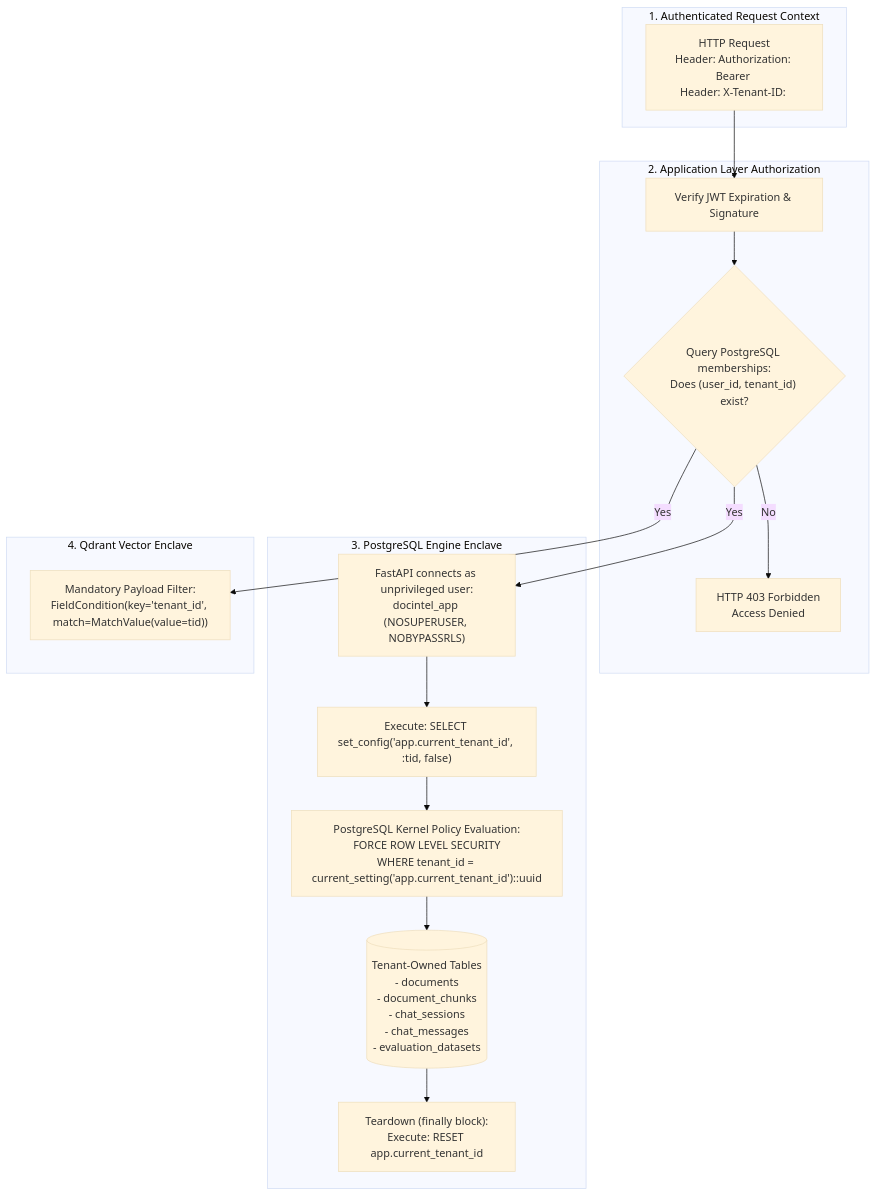
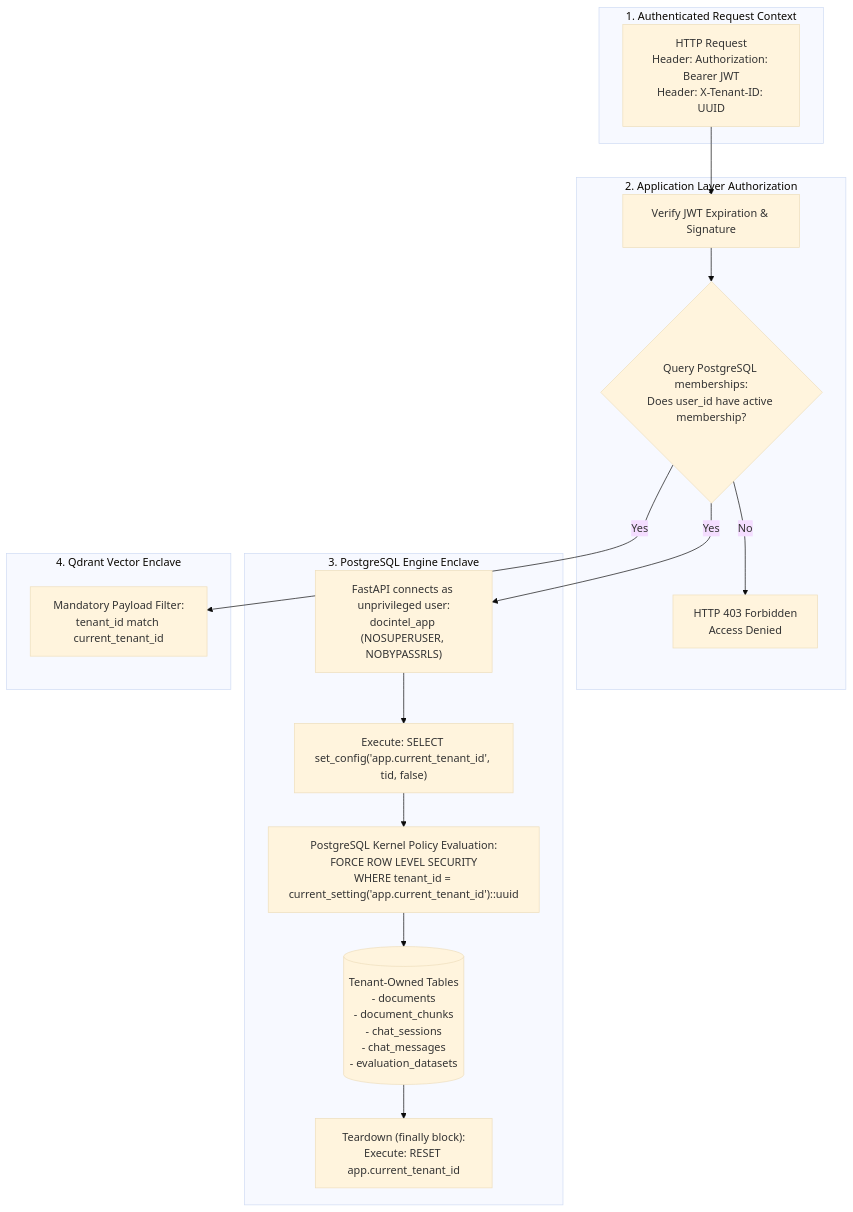
The fourth of 4 diagrams in README.md (Abhishek-M-2004/enterprise-document-intelligence), drawn with Mermaid (base theme) before and after one commit. The commit also changed other lines of this file and 1 other file, not shown here.

Commit message:
fix(docs): resolve GitHub Mermaid diagram parse errors in README and architecture

````diff
--- a/README.md
+++ b/README.md
@@ -183,34 +183,34 @@
 ```mermaid
 flowchart TD
     subgraph RequestContext ["1. Authenticated Request Context"]
-        Req["HTTP Request\nHeader: Authorization: Bearer <jwt>\nHeader: X-Tenant-ID: <uuid>"]
+        Req["HTTP Request<br/>Header: Authorization: Bearer JWT<br/>Header: X-Tenant-ID: UUID"]
     end
 
     subgraph AppValidation ["2. Application Layer Authorization"]
         JWTVerify["Verify JWT Expiration & Signature"]
-        TenantVerify{"Query PostgreSQL memberships:\nDoes (user_id, tenant_id) exist?"}
-        Reject403["HTTP 403 Forbidden\nAccess Denied"]
+        TenantVerify{"Query PostgreSQL memberships:<br/>Does user_id have active membership?"}
+        Reject403["HTTP 403 Forbidden<br/>Access Denied"]
     end
 
     subgraph DatabaseEnclave ["3. PostgreSQL Engine Enclave"]
-        AppRole["FastAPI connects as unprivileged user:\ndocintel_app (NOSUPERUSER, NOBYPASSRLS)"]
-        SetTenant["Execute: SELECT set_config('app.current_tenant_id', :tid, false)"]
-        RLSPolicy["PostgreSQL Kernel Policy Evaluation:\nFORCE ROW LEVEL SECURITY\nWHERE tenant_id = current_setting('app.current_tenant_id')::uuid"]
-        Tables[("Tenant-Owned Tables\n- documents\n- document_chunks\n- chat_sessions\n- chat_messages\n- evaluation_datasets")]
-        ResetTenant["Teardown (finally block):\nExecute: RESET app.current_tenant_id"]
+        AppRole["FastAPI connects as unprivileged user:<br/>docintel_app (NOSUPERUSER, NOBYPASSRLS)"]
+        SetTenant["Execute: SELECT set_config('app.current_tenant_id', tid, false)"]
+        RLSPolicy["PostgreSQL Kernel Policy Evaluation:<br/>FORCE ROW LEVEL SECURITY<br/>WHERE tenant_id = current_setting('app.current_tenant_id')::uuid"]
+        Tables[("Tenant-Owned Tables<br/>- documents<br/>- document_chunks<br/>- chat_sessions<br/>- chat_messages<br/>- evaluation_datasets")]
+        ResetTenant["Teardown (finally block):<br/>Execute: RESET app.current_tenant_id"]
     end
 
     subgraph VectorEnclave ["4. Qdrant Vector Enclave"]
-        QdrantFilter["Mandatory Payload Filter:\nFieldCondition(key='tenant_id', match=MatchValue(value=tid))"]
+        QdrantFilter["Mandatory Payload Filter:<br/>tenant_id match current_tenant_id"]
     end
 
     Req --> JWTVerify
     JWTVerify --> TenantVerify
-    TenantVerify -->|No| Reject403
-    TenantVerify -->|Yes| AppRole
+    TenantVerify -->|"No"| Reject403
+    TenantVerify -->|"Yes"| AppRole
     AppRole --> SetTenant
     SetTenant --> RLSPolicy
     RLSPolicy --> Tables
     Tables --> ResetTenant
-    TenantVerify -->|Yes| QdrantFilter
+    TenantVerify -->|"Yes"| QdrantFilter
 ```
````
